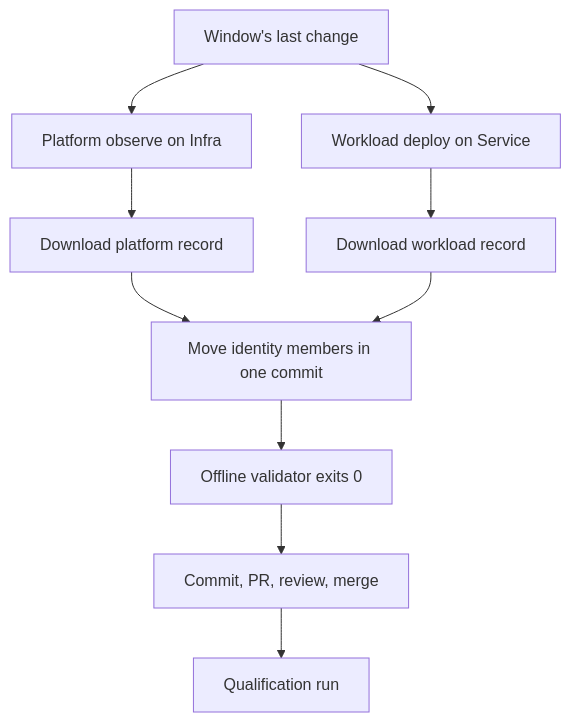
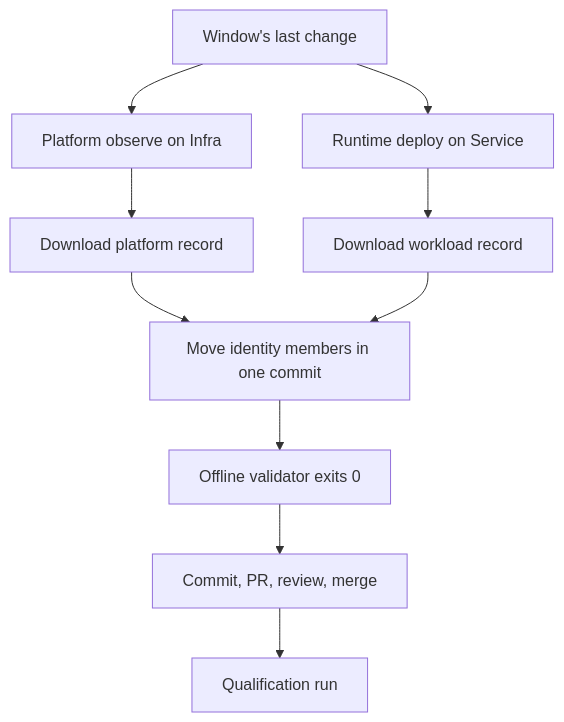
Before and after one commit to git-malu/AnyWear-E2E: the diagram in docs/compatibility-pin.md, drawn with Mermaid. The commit also changed other lines of this file and 11 other files, not shown here.

````diff
--- a/docs/compatibility-pin.md
+++ b/docs/compatibility-pin.md
@@ -98,12 +98,12 @@
 ```mermaid
 flowchart TD
     A[Window's last change] --> B[Platform observe on Infra]
-    A --> C[Workload deploy on Service]
+    A --> C[Runtime deploy on Service]
     B --> D[Download platform record]
     C --> E[Download workload record]
     D --> F[Move identity members in one commit]
     E --> F
     F --> G[Offline validator exits 0]
     G --> H[Commit, PR, review, merge]
     H --> I[Qualification run]
 ```
````
